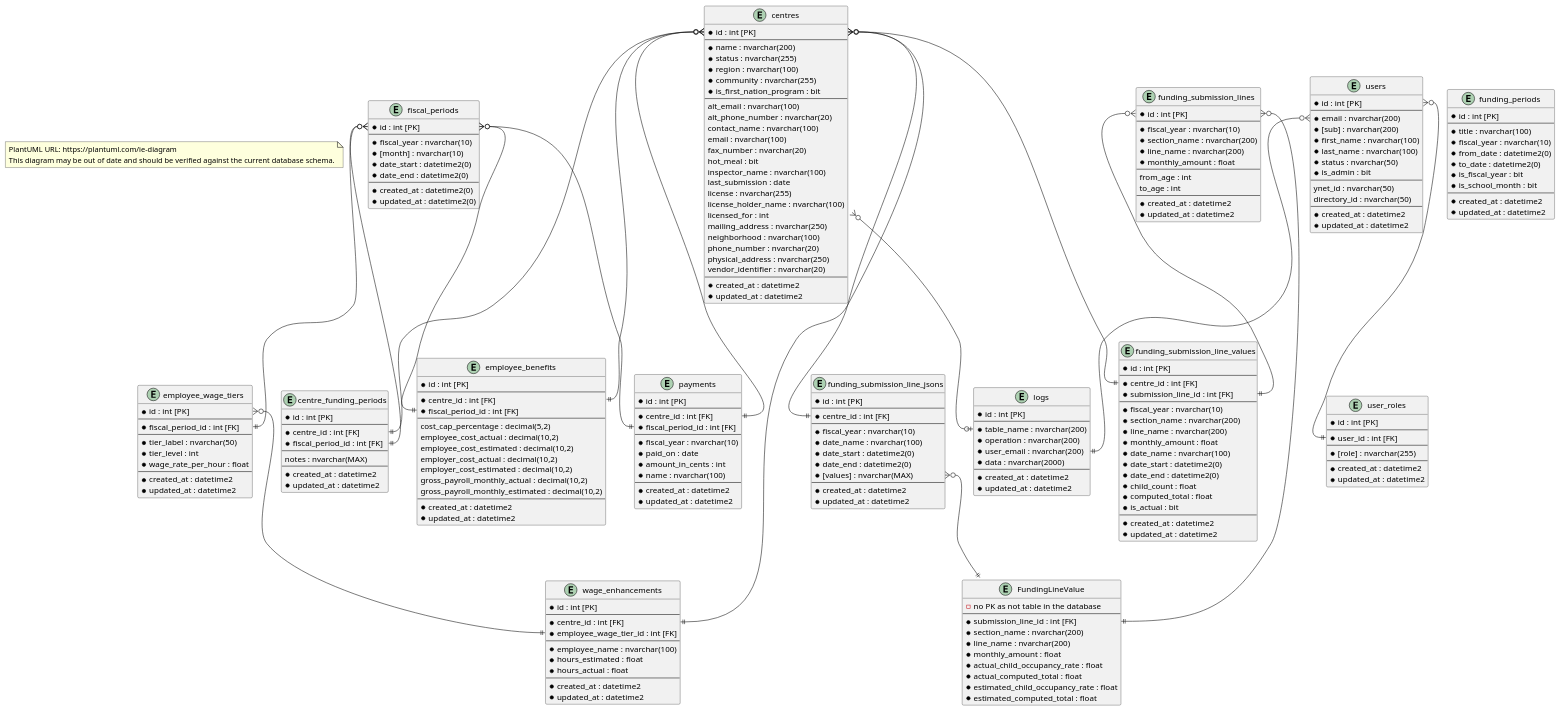
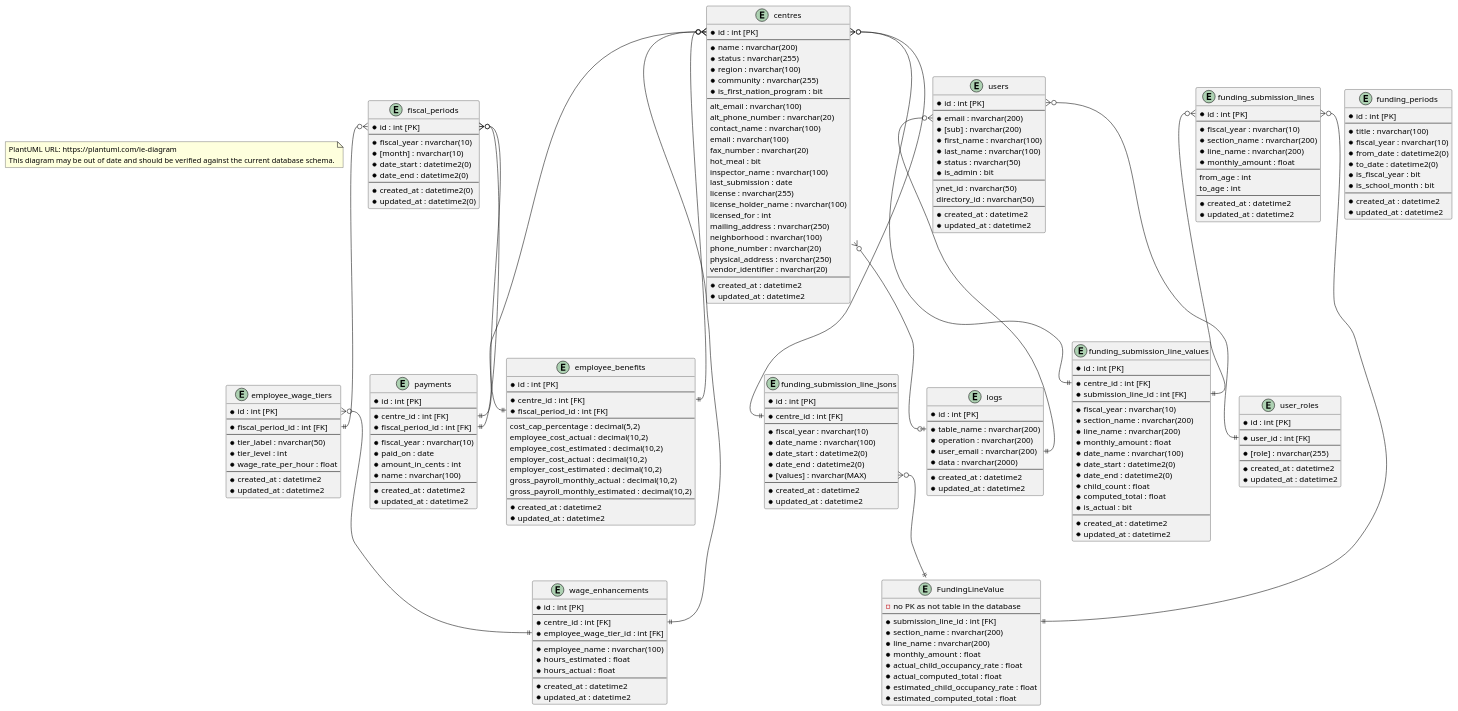
Before and after one commit to ytgov/elcc-data-management: the diagram in _Design/Entity Relationship Diagrams.wsd, drawn with PlantUML. The commit also changed 1 other file, not shown here.

Commit message:
:tophat: Update Entity Relationship Diagrams.
Remove centre_funding_periods table from the diagram not that it's been deleted.

```diff
--- a/_Design/Entity Relationship Diagrams.wsd
+++ b/_Design/Entity Relationship Diagrams.wsd
@@ -5,18 +5,6 @@
 PlantUML URL: https://plantuml.com/ie-diagram
 This diagram may be out of date and should be verified against the current database schema.
 end note
-
-entity "centre_funding_periods" {
-  * id : int [PK]
-  --
-  * centre_id : int [FK]
-  * fiscal_period_id : int [FK]
-  --
-  notes : nvarchar(MAX)
-  --
-  * created_at : datetime2
-  * updated_at : datetime2
-}
 
 entity "centres" {
   * id : int [PK]
@@ -242,7 +230,6 @@
 }
 
 ' Relationships
-centres::id }o--|| centre_funding_periods::centre_id
 centres::id }o--|| employee_benefits::centre_id
 centres::id }o--|| funding_submission_line_jsons::centre_id
 centres::id }o--|| funding_submission_line_values::centre_id
@@ -250,7 +237,6 @@
 centres::id }o--|| wage_enhancements::centre_id
 centres }o--o| logs::table_name
 employee_wage_tiers::id }o--|| wage_enhancements::employee_wage_tier_id
-fiscal_periods::id }o--|| centre_funding_periods::fiscal_period_id
 fiscal_periods::id }o--|| employee_benefits::fiscal_period_id
 fiscal_periods::id }o--|| employee_wage_tiers::fiscal_period_id
 fiscal_periods::id }o--|| payments::fiscal_period_id
```
